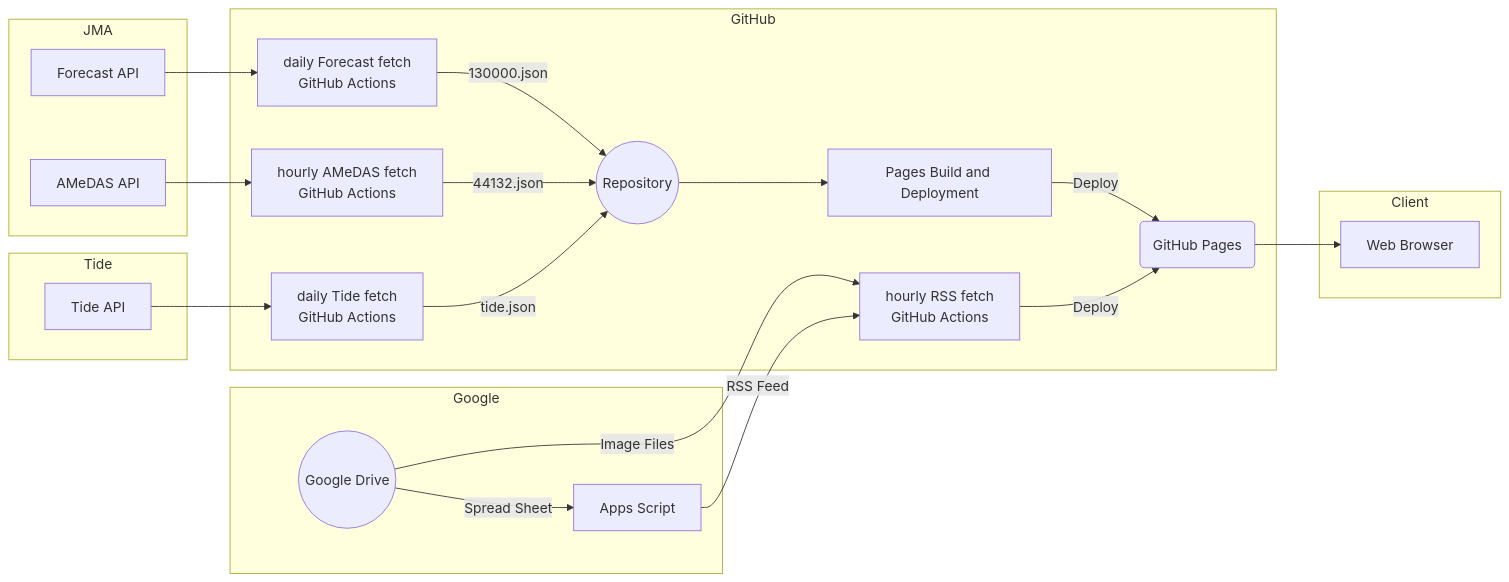
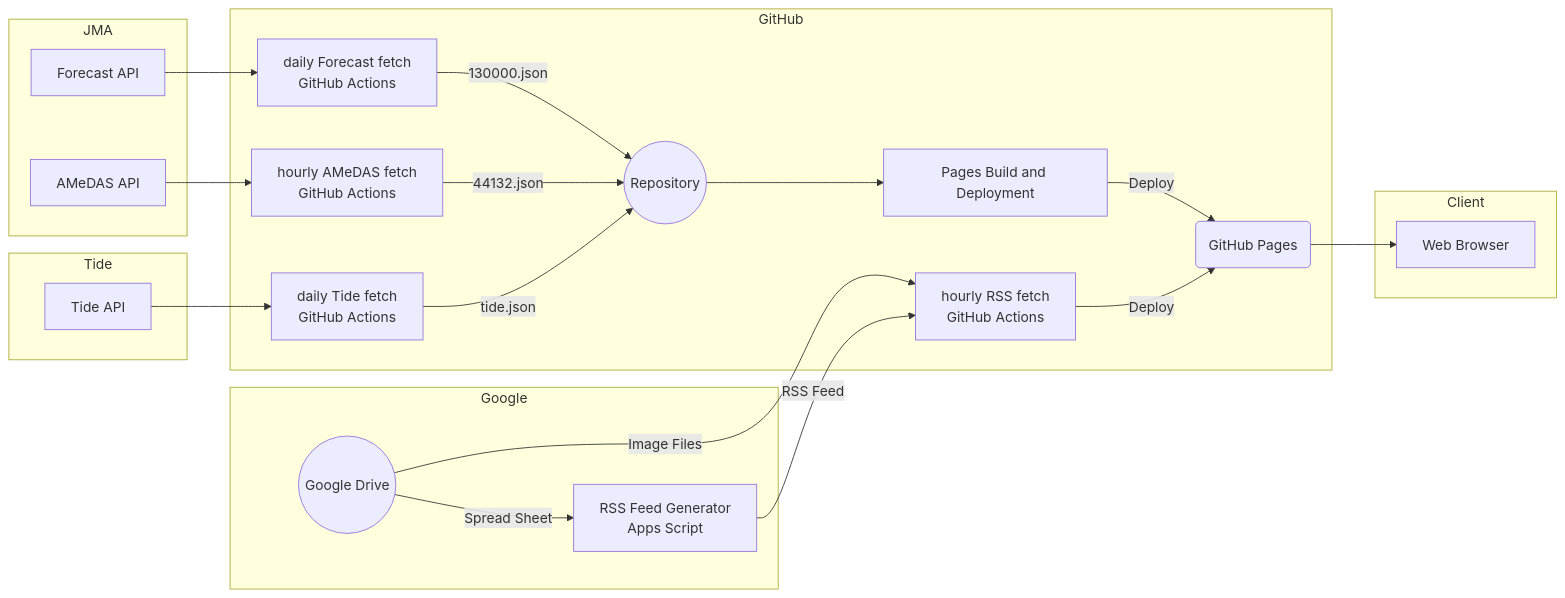
The diagram in architecture.md (c1t0d0s0/phs), drawn with Mermaid before and after one commit. The commit also changed 3 other files, not shown here.

````diff
--- a/architecture.md
+++ b/architecture.md
@@ -1,49 +1,49 @@
 ```mermaid
 flowchart LR
   subgraph GitHub[GitHub]
     repository((Repository))
     actions_deploy[Pages Build and Deployment]
     actions_forecast[daily Forecast fetch<br>GitHub Actions]
     actions_amedas[hourly AMeDAS fetch<br>GitHub Actions]
     actions_rss[hourly RSS fetch<br>GitHub Actions]
     actions_tide[daily Tide fetch<br>GitHub Actions]
     pages(GitHub Pages)
   end
 
   subgraph Google[Google]
     drive((Google Drive))
-    apps[Apps Script]
+    apps[RSS Feed Generator<br>Apps Script]
   end
 
   subgraph JMA[JMA]
     forecast_api[Forecast API]
     amedas_api[AMeDAS API]
   end
 
   subgraph Tide[Tide]
     tide_api[Tide API]
   end
 
   subgraph Client[Client]
     web_browser[Web Browser]
   end
 
   repository --> actions_deploy
   actions_deploy -->|Deploy| pages
 
   drive -->|Spread Sheet| apps
   drive -->|Image Files| actions_rss
   apps -->|RSS Feed| actions_rss
   actions_rss -->|Deploy| pages
 
   forecast_api --> actions_forecast
   actions_forecast -->|130000.json| repository
 
   amedas_api --> actions_amedas
   actions_amedas -->|44132.json| repository
 
   tide_api --> actions_tide
   actions_tide -->|tide.json| repository
 
   pages --> web_browser
 ```
````
